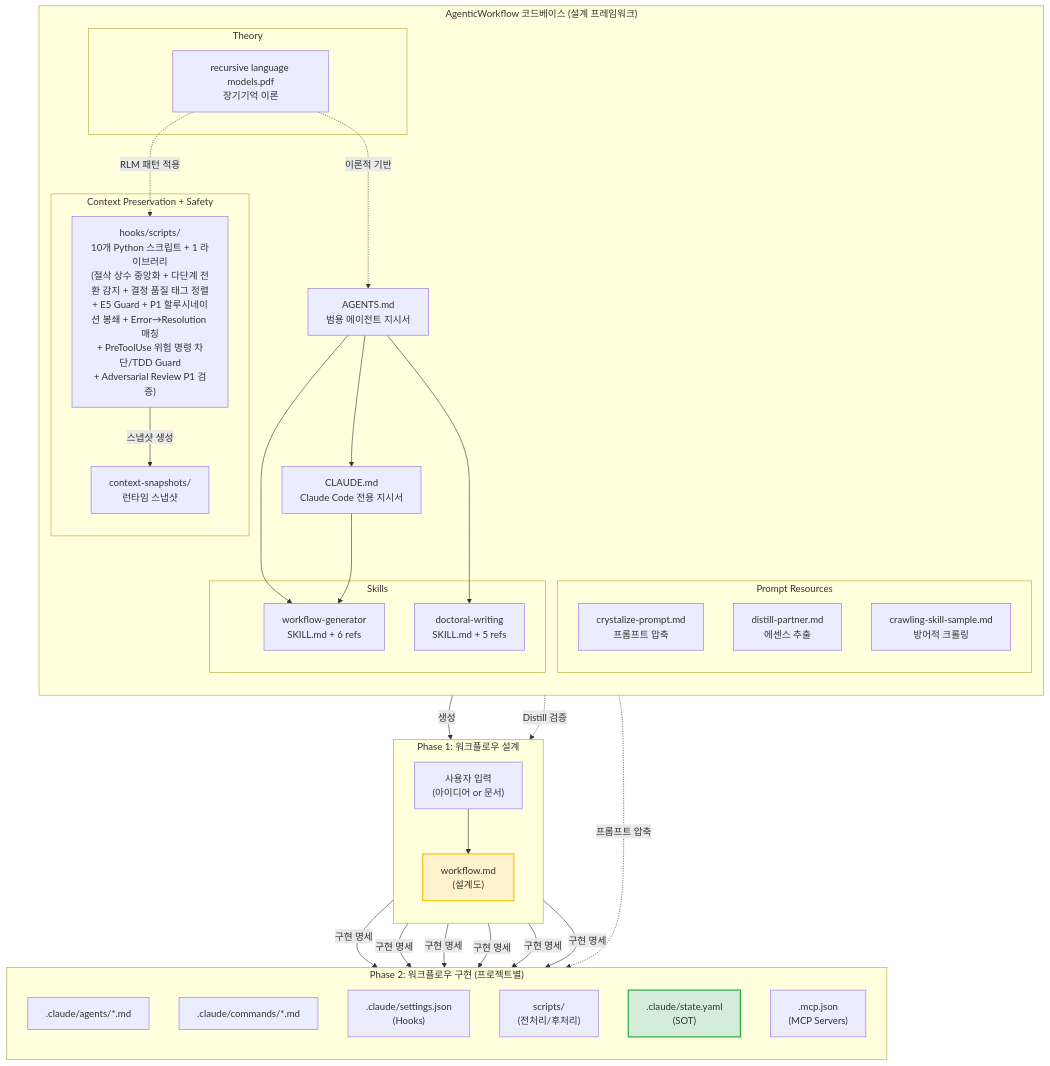
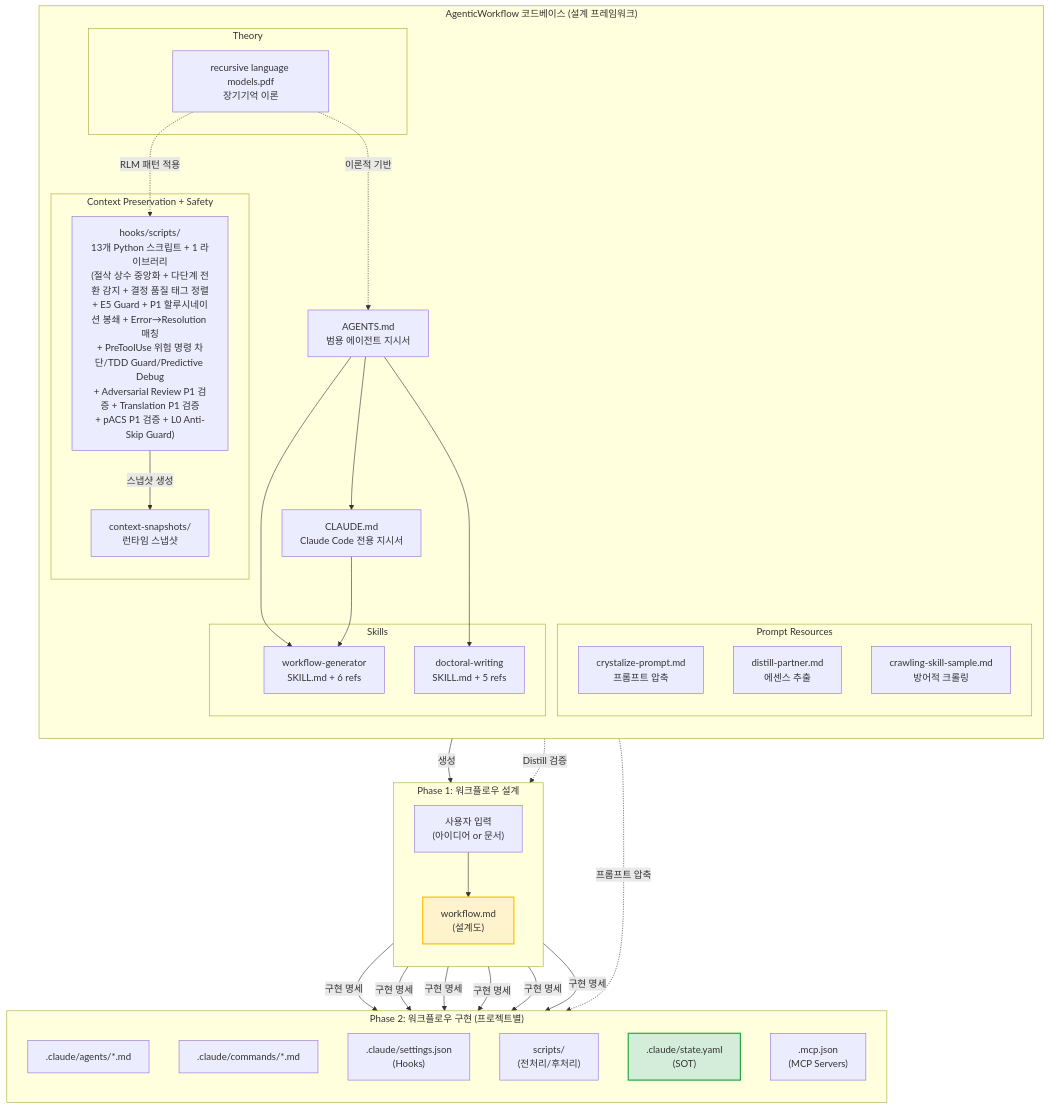
The second of 13 diagrams in AGENTICWORKFLOW-ARCHITECTURE-AND-PHILOSOPHY.md (oogisoogi/AgenticWorkflow), drawn with Mermaid before and after one commit. The commit also changed other lines of this file and 13 other files, not shown here.

First line of the commit message:
feat: 종합 감사 II — pACS P1(PA1-PA6) + L0 Anti-Skip Guard + IMMORTAL 경계 수정 + 성찰 감사 4건 수정

````diff
--- a/AGENTICWORKFLOW-ARCHITECTURE-AND-PHILOSOPHY.md
+++ b/AGENTICWORKFLOW-ARCHITECTURE-AND-PHILOSOPHY.md
@@ -190,66 +190,66 @@
 ```mermaid
 graph TB
     subgraph "AgenticWorkflow 코드베이스 (설계 프레임워크)"
         direction TB
         CLAUDE["CLAUDE.md<br/>Claude Code 전용 지시서"]
         AGENTS["AGENTS.md<br/>범용 에이전트 지시서"]
 
         subgraph "Skills"
             WG["workflow-generator<br/>SKILL.md + 6 refs"]
             DW["doctoral-writing<br/>SKILL.md + 5 refs"]
         end
 
         subgraph "Context Preservation + Safety"
-            CPS["hooks/scripts/<br/>10개 Python 스크립트 + 1 라이브러리<br/>(절삭 상수 중앙화 + 다단계 전환 감지 + 결정 품질 태그 정렬<br/>+ E5 Guard + P1 할루시네이션 봉쇄 + Error→Resolution 매칭<br/>+ PreToolUse 위험 명령 차단/TDD Guard<br/>+ Adversarial Review P1 검증)"]
+            CPS["hooks/scripts/<br/>13개 Python 스크립트 + 1 라이브러리<br/>(절삭 상수 중앙화 + 다단계 전환 감지 + 결정 품질 태그 정렬<br/>+ E5 Guard + P1 할루시네이션 봉쇄 + Error→Resolution 매칭<br/>+ PreToolUse 위험 명령 차단/TDD Guard/Predictive Debug<br/>+ Adversarial Review P1 검증 + Translation P1 검증<br/>+ pACS P1 검증 + L0 Anti-Skip Guard)"]
             CSS["context-snapshots/<br/>런타임 스냅샷"]
         end
 
         subgraph "Prompt Resources"
             CP["crystalize-prompt.md<br/>프롬프트 압축"]
             DP["distill-partner.md<br/>에센스 추출"]
             CS["crawling-skill-sample.md<br/>방어적 크롤링"]
         end
 
         subgraph "Theory"
             RLM["recursive language models.pdf<br/>장기기억 이론"]
         end
 
         AGENTS --> CLAUDE
         AGENTS --> WG
         AGENTS --> DW
         CLAUDE --> WG
         RLM -.->|"이론적 기반"| AGENTS
         RLM -.->|"RLM 패턴 적용"| CPS
         CPS -->|"스냅샷 생성"| CSS
     end
 
     subgraph "Phase 1: 워크플로우 설계"
         direction TB
         USER_INPUT["사용자 입력<br/>(아이디어 or 문서)"]
         WF["workflow.md<br/>(설계도)"]
         USER_INPUT --> WF
     end
 
     subgraph "Phase 2: 워크플로우 구현 (프로젝트별)"
         direction TB
         AG[".claude/agents/*.md"]
         CMD[".claude/commands/*.md"]
         HK[".claude/settings.json<br/>(Hooks)"]
         SC["scripts/<br/>(전처리/후처리)"]
         SOT[".claude/state.yaml<br/>(SOT)"]
         MCP[".mcp.json<br/>(MCP Servers)"]
     end
 
     WG -->|"생성"| WF
     DP -.->|"Distill 검증"| WF
     CP -.->|"프롬프트 압축"| AG
     WF -->|"구현 명세"| AG
     WF -->|"구현 명세"| CMD
     WF -->|"구현 명세"| HK
     WF -->|"구현 명세"| SC
     WF -->|"구현 명세"| SOT
     WF -->|"구현 명세"| MCP
 
     style WF fill:#fff3cd,stroke:#ffc107,stroke-width:2px
     style SOT fill:#d4edda,stroke:#28a745,stroke-width:2px
 ```
````
